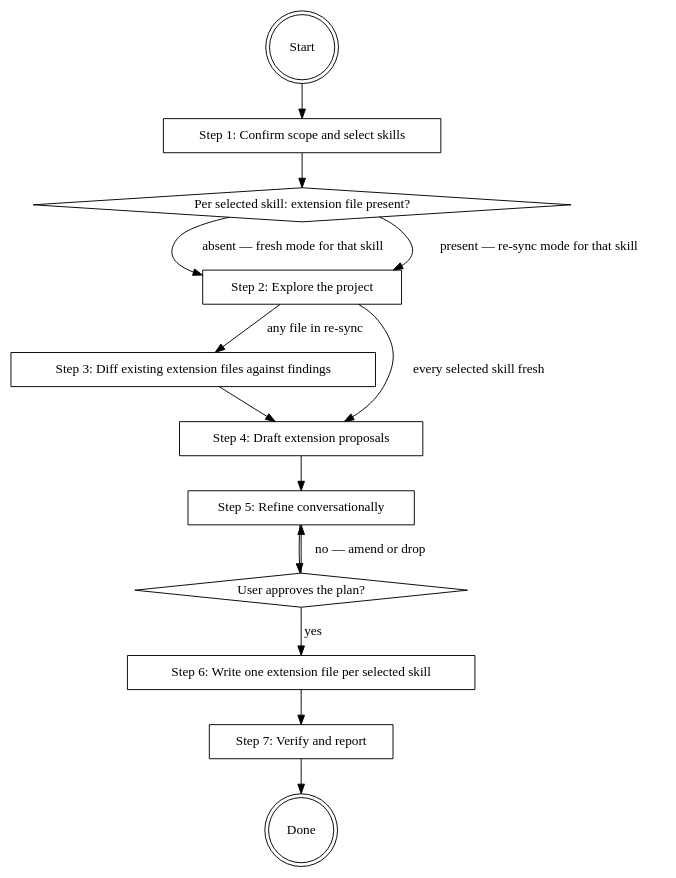
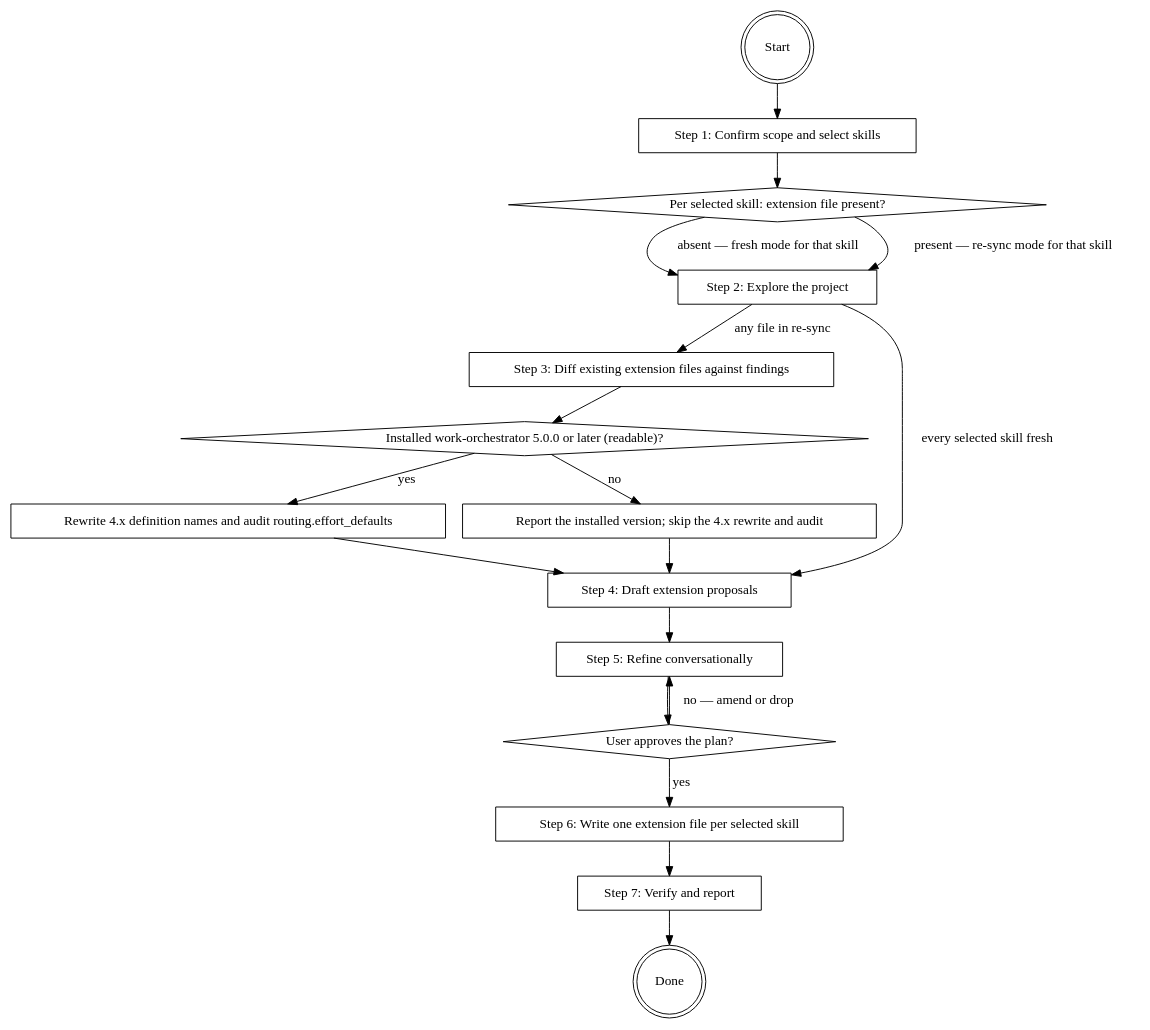
Before and after one commit to it-bens/ai-tools: the diagram in plugins/work-orchestrator-extension-setup/skills/setting-up-work-orchestrator-extension/SKILL.md, drawn with Graphviz. The commit also changed other lines of this file and 11 other files, not shown here.

First line of the commit message:
fix(work-orchestrator): guard routing overrides and migration

````diff
--- a/plugins/work-orchestrator-extension-setup/skills/setting-up-work-orchestrator-extension/SKILL.md
+++ b/plugins/work-orchestrator-extension-setup/skills/setting-up-work-orchestrator-extension/SKILL.md
@@ -13,26 +13,33 @@
 ```dot
 digraph setting_up {
     "Start" [shape=doublecircle];
     "Step 1: Confirm scope and select skills" [shape=box];
     "Per selected skill: extension file present?" [shape=diamond];
     "Step 2: Explore the project" [shape=box];
     "Step 3: Diff existing extension files against findings" [shape=box];
+    "Installed work-orchestrator 5.0.0 or later (readable)?" [shape=diamond];
+    "Rewrite 4.x definition names and audit routing.effort_defaults" [shape=box];
+    "Report the installed version; skip the 4.x rewrite and audit" [shape=box];
     "Step 4: Draft extension proposals" [shape=box];
     "Step 5: Refine conversationally" [shape=box];
     "User approves the plan?" [shape=diamond];
     "Step 6: Write one extension file per selected skill" [shape=box];
     "Step 7: Verify and report" [shape=box];
     "Done" [shape=doublecircle];
 
     "Start" -> "Step 1: Confirm scope and select skills" -> "Per selected skill: extension file present?";
     "Per selected skill: extension file present?" -> "Step 2: Explore the project" [label="absent — fresh mode for that skill"];
     "Per selected skill: extension file present?" -> "Step 2: Explore the project" [label="present — re-sync mode for that skill"];
     "Step 2: Explore the project" -> "Step 4: Draft extension proposals" [label="every selected skill fresh"];
     "Step 2: Explore the project" -> "Step 3: Diff existing extension files against findings" [label="any file in re-sync"];
-    "Step 3: Diff existing extension files against findings" -> "Step 4: Draft extension proposals";
+    "Step 3: Diff existing extension files against findings" -> "Installed work-orchestrator 5.0.0 or later (readable)?";
+    "Installed work-orchestrator 5.0.0 or later (readable)?" -> "Rewrite 4.x definition names and audit routing.effort_defaults" [label="yes"];
+    "Installed work-orchestrator 5.0.0 or later (readable)?" -> "Report the installed version; skip the 4.x rewrite and audit" [label="no"];
+    "Rewrite 4.x definition names and audit routing.effort_defaults" -> "Step 4: Draft extension proposals";
+    "Report the installed version; skip the 4.x rewrite and audit" -> "Step 4: Draft extension proposals";
     "Step 4: Draft extension proposals" -> "Step 5: Refine conversationally" -> "User approves the plan?";
     "User approves the plan?" -> "Step 5: Refine conversationally" [label="no — amend or drop"];
     "User approves the plan?" -> "Step 6: Write one extension file per selected skill" [label="yes"];
     "Step 6: Write one extension file per selected skill" -> "Step 7: Verify and report" -> "Done";
 }
 ```
````
